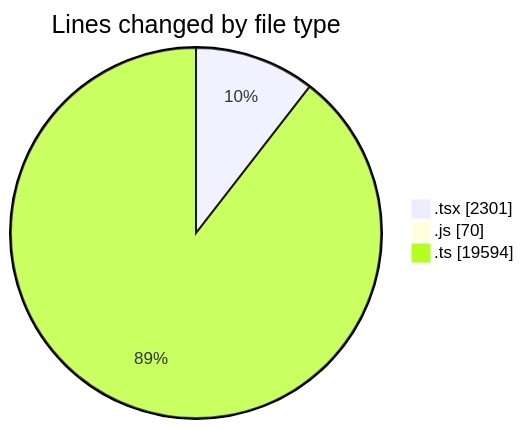
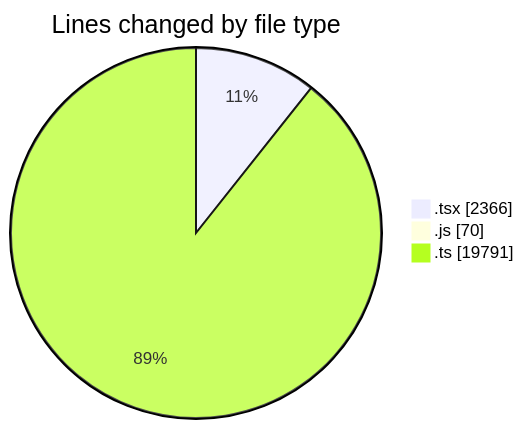
Before and after one commit to momahboobian/code-tracking: the first of 2 diagrams in 2026-09-25/cda/README.md, drawn with Mermaid. The commit also changed other lines of this file and 1 other file, not shown here.

````diff
--- a/2026-09-25/cda/README.md
+++ b/2026-09-25/cda/README.md
@@ -42,7 +42,7 @@
 ```mermaid
 pie showData
 title Lines changed by file type
-".tsx" : 2301
+".tsx" : 2366
 ".js" : 70
-".ts" : 19594
+".ts" : 19791
 ```
````
